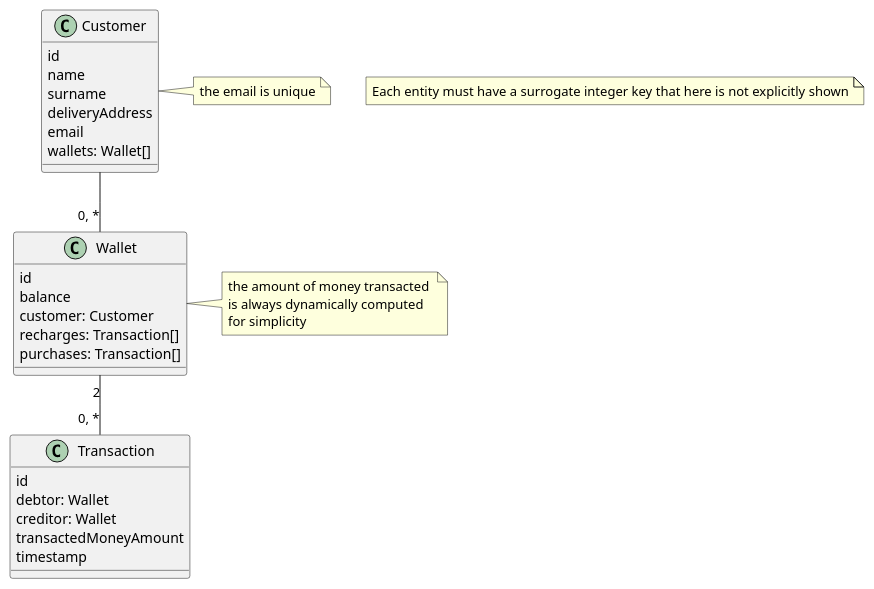
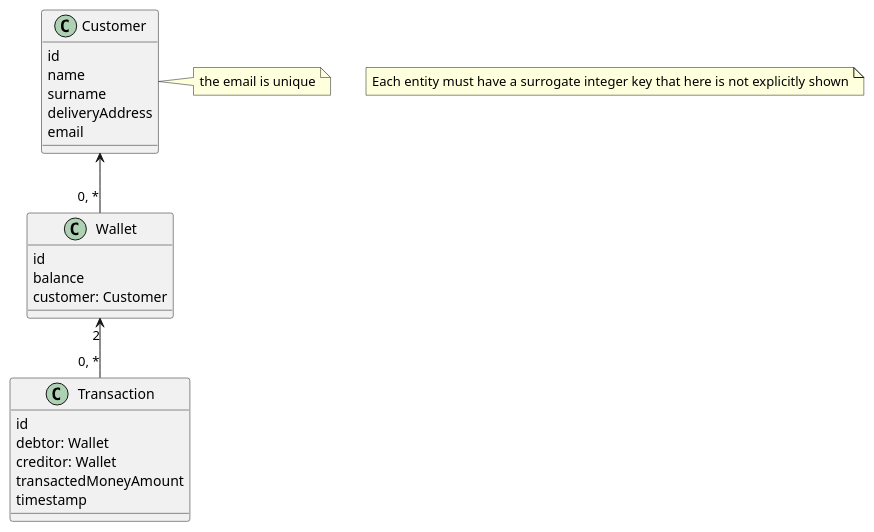
The second of 2 diagrams in docs/design/whiteboard.md (Thefolle/WAII_group19_lab2), drawn with PlantUML before and after one commit. The commit also changed other lines of this file and 4 other files, not shown here.

````diff
--- a/docs/design/whiteboard.md
+++ b/docs/design/whiteboard.md
@@ -33,35 +32,31 @@
 ```plantuml
 @startuml
 
 class Customer {
     id
     name
     surname
     deliveryAddress
     email
-    wallets: Wallet[]
 }
 class Wallet {
     id
     balance
     customer: Customer
-    recharges: Transaction[]
-    purchases: Transaction[]
 }
 class Transaction {
     id
     debtor: Wallet
     creditor: Wallet
     transactedMoneyAmount
     timestamp
 }
 
-Customer -- "0, *"  Wallet
-Wallet "2" -- "0, *" Transaction
+Customer <-- "0, *"  Wallet
+Wallet "2" <-- "0, *" Transaction
 
 note "Each entity must have a surrogate integer key that here is not explicitly shown" as N1
-note right of Wallet: the amount of money transacted \nis always dynamically computed \nfor simplicity
 note right of Customer: the email is unique
 
 @enduml
 ```
````
